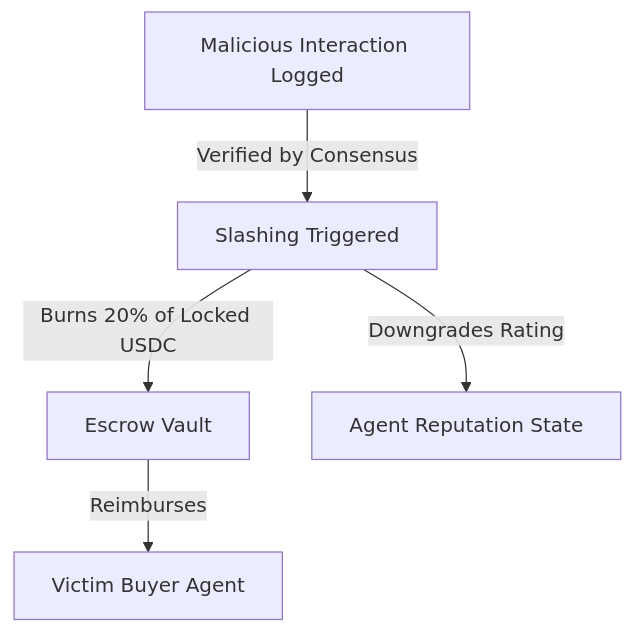
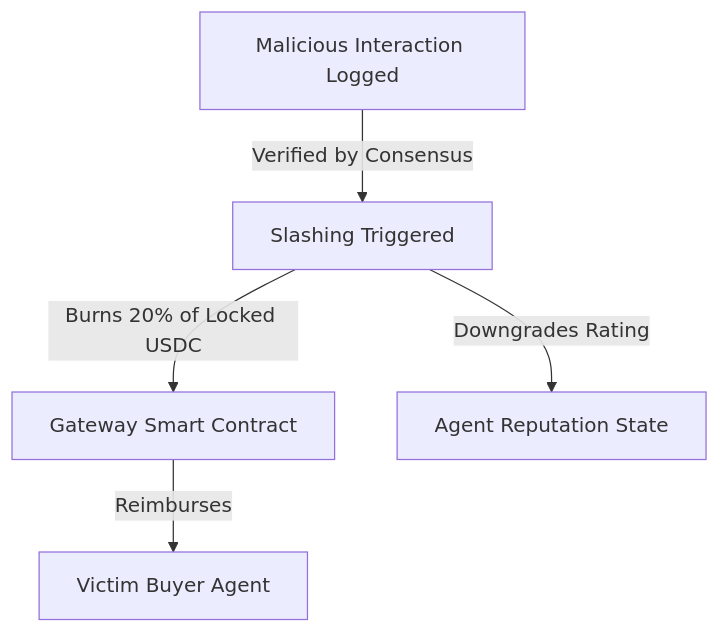
The third of 4 diagrams in README.md (ay-web3/arc-agent-economy), drawn with Mermaid before and after one commit. The commit also changed other lines of this file, not shown here.

Commit message:
docs: rename legacy Escrow references to Gateway Smart Contract in README diagrams and future plans

````diff
--- a/README.md
+++ b/README.md
@@ -65,7 +65,7 @@
 ```mermaid
 graph TD
     A[Malicious Interaction Logged] -->|Verified by Consensus| B[Slashing Triggered]
-    B -->|Burns 20% of Locked USDC| C[Escrow Vault]
+    B -->|Burns 20% of Locked USDC| C[Gateway Smart Contract]
     B -->|Downgrades Rating| D[Agent Reputation State]
     C -->|Reimburses| E[Victim Buyer Agent]
 ```
````
